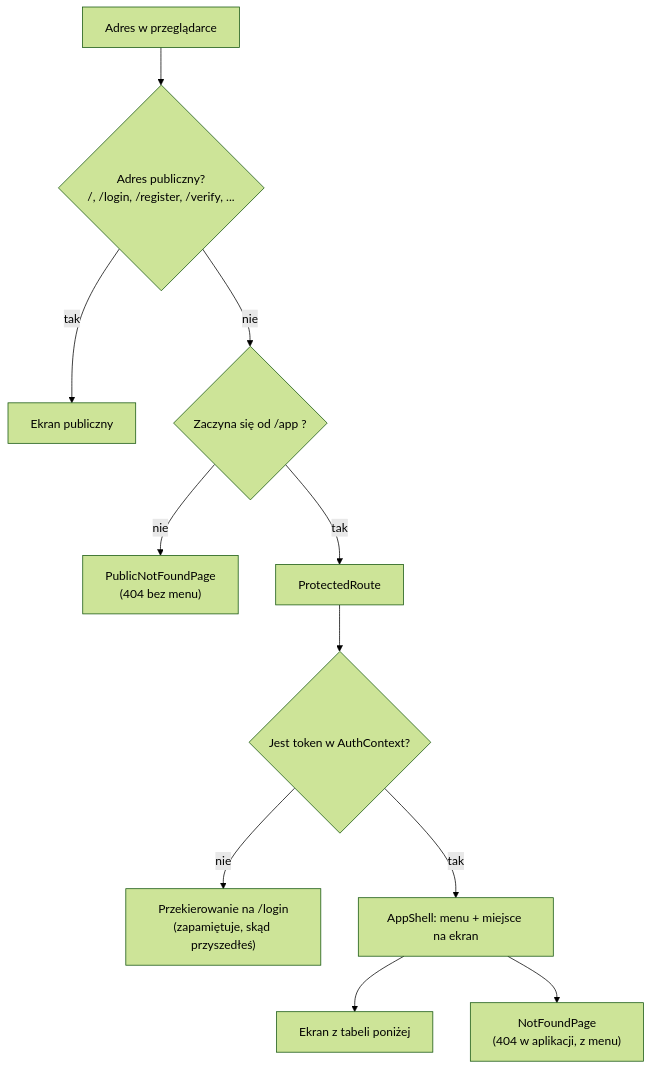
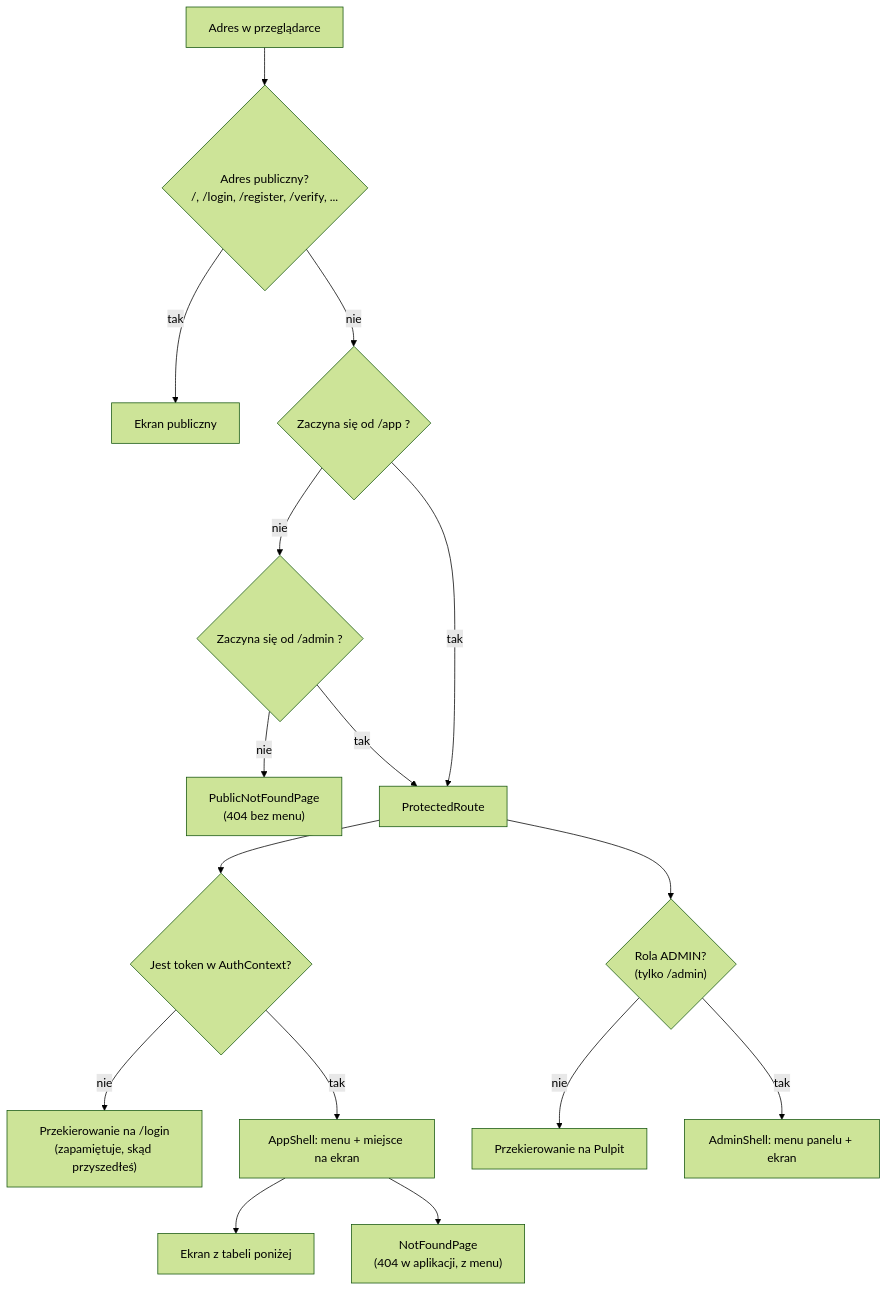
One commit to YellowHand/tutlaw-frontend changed the first of 2 diagrams in docs/02-routing-i-strony.md. Above: the diagram before and after it, drawn with Mermaid (forest theme). The commit also changed other lines of this file and 37 other files, not shown here.

````diff
--- a/docs/02-routing-i-strony.md
+++ b/docs/02-routing-i-strony.md
@@ -12,13 +12,18 @@
 ```mermaid
 flowchart TD
     URL["Adres w przeglądarce"] --> PUB{"Adres publiczny?<br/>/, /login, /register, /verify, ..."}
     PUB -- tak --> P["Ekran publiczny"]
     PUB -- nie --> APP{"Zaczyna się od /app ?"}
-    APP -- nie --> NF1["PublicNotFoundPage<br/>(404 bez menu)"]
+    APP -- nie --> ADM{"Zaczyna się od /admin ?"}
+    ADM -- nie --> NF1["PublicNotFoundPage<br/>(404 bez menu)"]
+    ADM -- tak --> PR
     APP -- tak --> PR["ProtectedRoute"]
     PR --> AUTH{"Jest token w AuthContext?"}
     AUTH -- nie --> LOGIN["Przekierowanie na /login<br/>(zapamiętuje, skąd przyszedłeś)"]
     AUTH -- tak --> SHELL["AppShell: menu + miejsce na ekran"]
+    PR --> ROLE{"Rola ADMIN?<br/>(tylko /admin)"}
+    ROLE -- nie --> DASH["Przekierowanie na Pulpit"]
+    ROLE -- tak --> ASHELL["AdminShell: menu panelu + ekran"]
     SHELL --> SCR["Ekran z tabeli poniżej"]
     SHELL --> NF2["NotFoundPage<br/>(404 w aplikacji, z menu)"]
 ```
````
